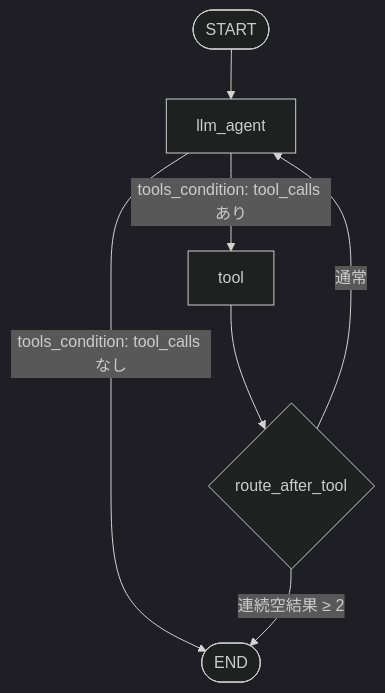
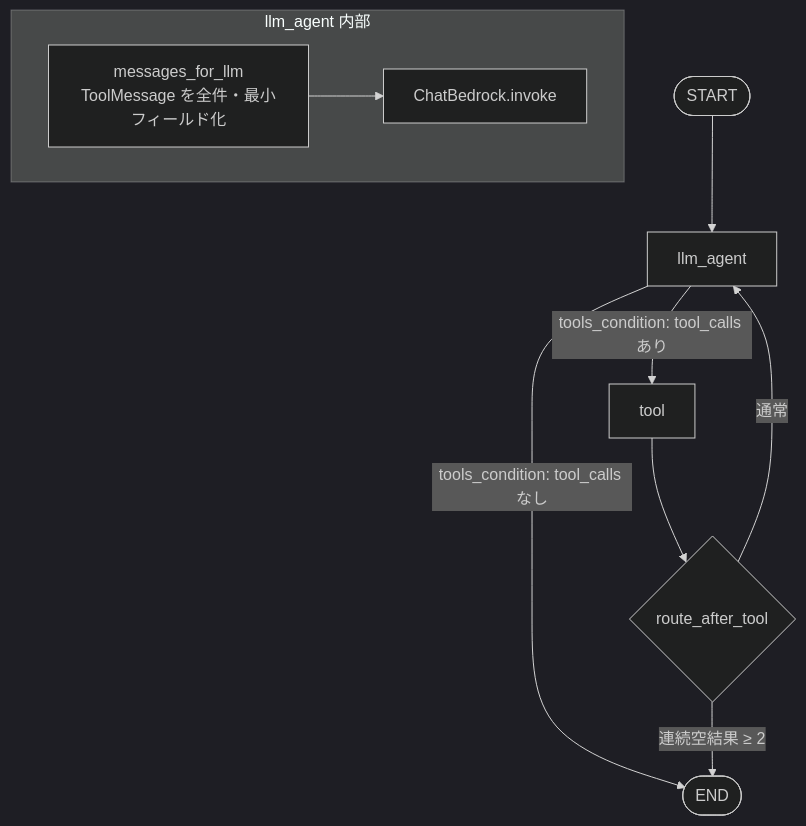
The second of 3 diagrams in docs/langgraph-agent.md (koichi2426/Shoppie), drawn with Mermaid (dark theme) before and after one commit. The commit also changed other lines of this file and 3 other files, not shown here.

````diff
--- a/docs/langgraph-agent.md
+++ b/docs/langgraph-agent.md
@@ -69,9 +72,15 @@
 ```mermaid
 flowchart TD
     START([START]) --> LLM[llm_agent]
     LLM -->|tools_condition: tool_calls あり| TOOL[tool]
     LLM -->|tools_condition: tool_calls なし| END_NODE([END])
     TOOL --> ROUTE{route_after_tool}
     ROUTE -->|通常| LLM
     ROUTE -->|連続空結果 ≥ 2| END_NODE
+
+    subgraph LLM内部["llm_agent 内部"]
+        COMPACT[messages_for_llm<br/>ToolMessage を全件・最小フィールド化]
+        BEDROCK[ChatBedrock.invoke]
+        COMPACT --> BEDROCK
+    end
 ```
````
